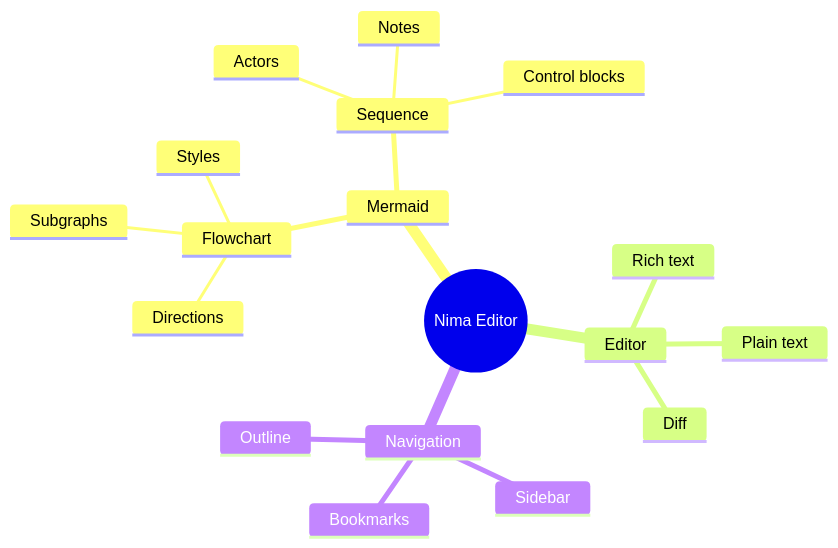
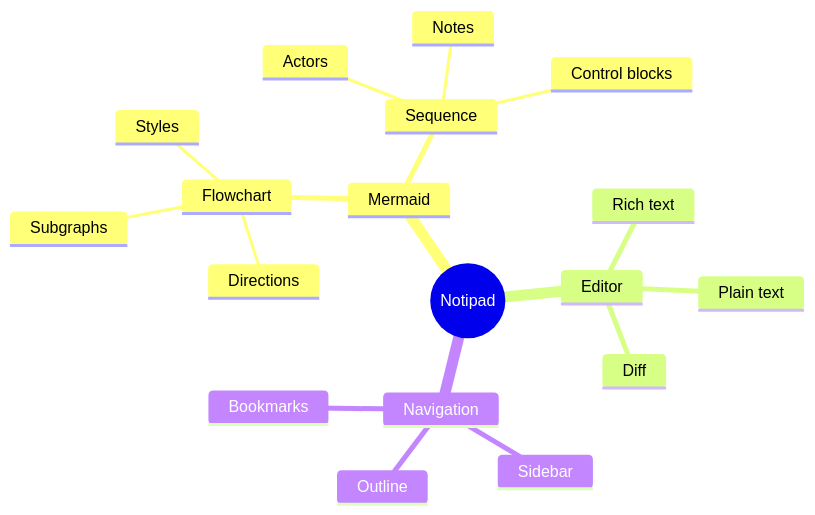
One commit to NikkiAsteinza/nima-editor-samples changed the diagram in mermaid/10-mindmap.md. Above: the diagram before and after it, drawn with Mermaid. The commit also changed 8 other files, not shown here.

````diff
--- a/mermaid/10-mindmap.md
+++ b/mermaid/10-mindmap.md
@@ -5,21 +5,21 @@
 ```mermaid
 mindmap
-  root((Nima Editor))
+  root((Notipad))
     Mermaid
       Flowchart
         Directions
         Subgraphs
         Styles
       Sequence
         Actors
         Notes
         Control blocks
     Editor
       Plain text
       Rich text
       Diff
     Navigation
       Sidebar
       Bookmarks
       Outline
 ```
````
